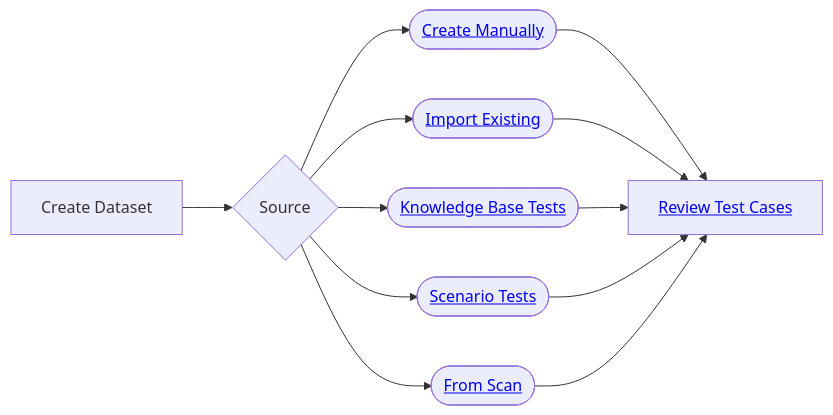
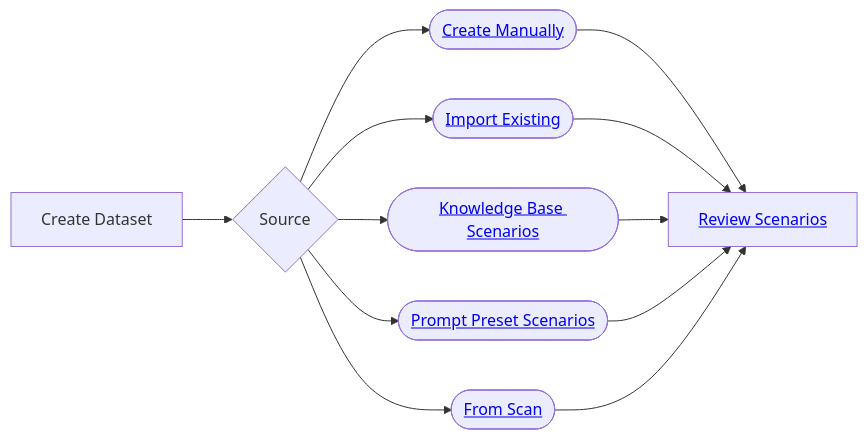
Before and after one commit to Giskard-AI/giskard-docs: the diagram in src/content/docs/hub/ui/datasets/index.mdx, drawn with Mermaid. The commit also changed other lines of this file and 12 other files, not shown here.

First line of the commit message:
Update scenario taxonomy and creation flow

````diff
--- a/src/content/docs/hub/ui/datasets/index.mdx
+++ b/src/content/docs/hub/ui/datasets/index.mdx
@@ -41,14 +41,14 @@
 ```mermaid
 graph LR
     A[Create Dataset] --> B{Source}
     B --> C([<a href="/hub/ui/datasets/manual" target="_self">Create Manually</a>])
     B --> D([<a href="/hub/ui/datasets/import" target="_self">Import Existing</a>])
-    B --> E([<a href="/hub/ui/datasets/knowledge-base" target="_self">Knowledge Base Tests</a>])
-    B --> F([<a href="/hub/ui/datasets/scenario" target="_self">Scenario Tests</a>])
+    B --> E([<a href="/hub/ui/datasets/knowledge-base" target="_self">Knowledge Base Scenarios</a>])
+    B --> F([<a href="/hub/ui/datasets/prompt-preset" target="_self">Prompt Preset Scenarios</a>])
     B --> G([<a href="/hub/ui/scan" target="_self">From Scan</a>])
-    C --> H[<a href="/hub/ui/annotate" target="_self">Review Test Cases</a>]
+    C --> H[<a href="/hub/ui/annotate" target="_self">Review Scenarios</a>]
     D --> H
     E --> H
     F --> H
     G --> H
 ```
````
